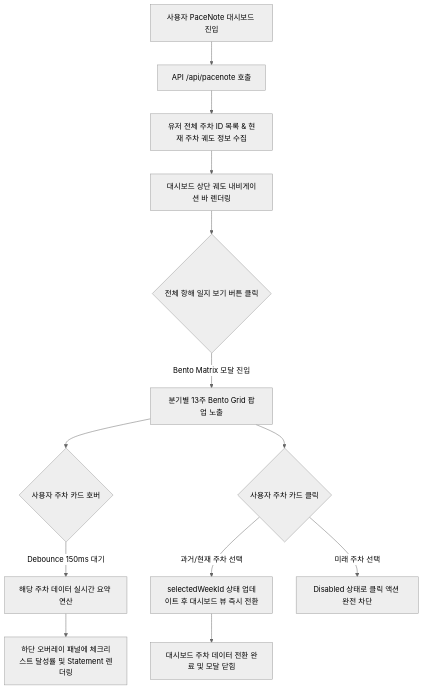
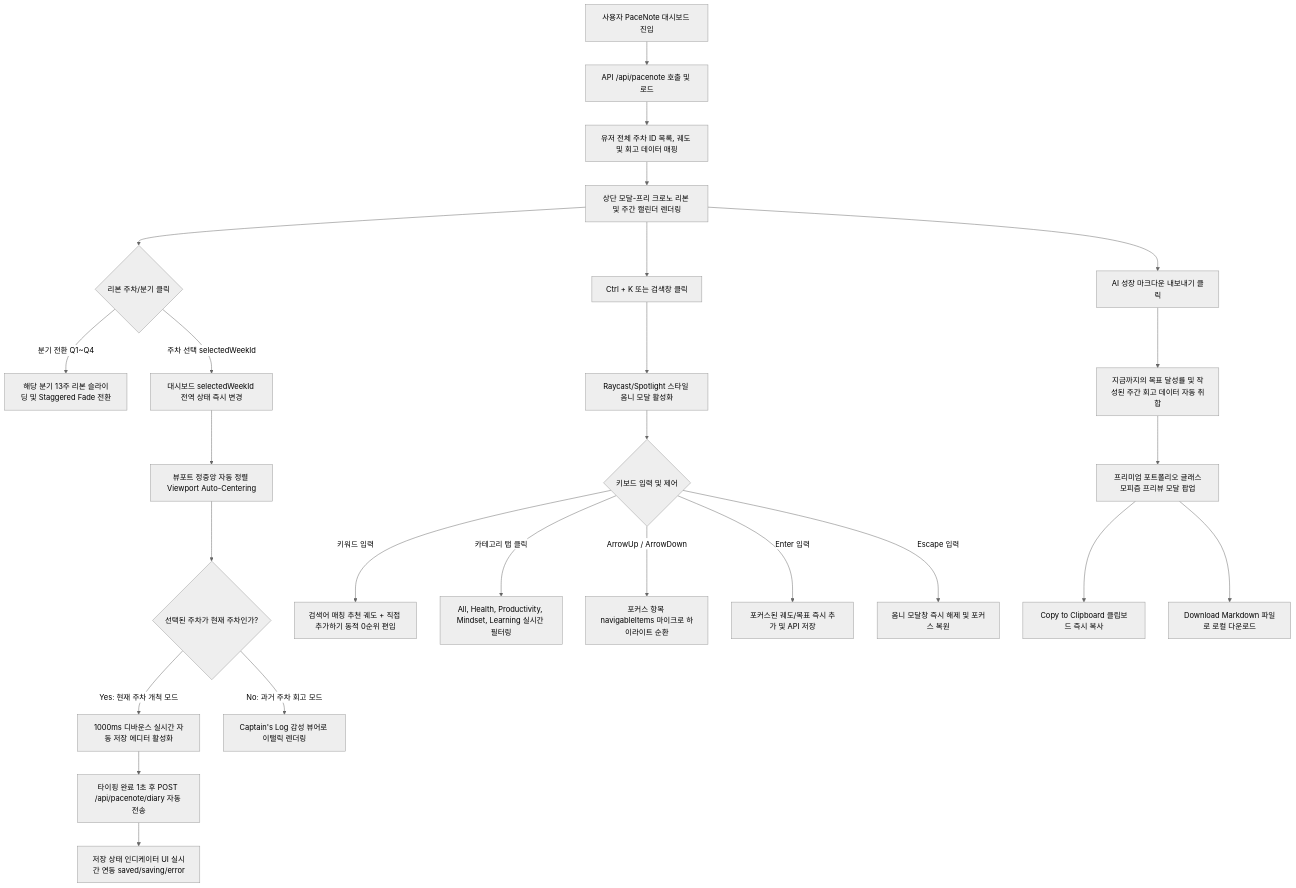
Before and after one commit to matthewshim/PriSincera: the diagram in docs/design/PriSincera_PaceNote_Calendar_UI.md, drawn with Mermaid (neutral theme). The commit also changed other lines of this file, not shown here.

Commit message:
docs(pacenote): update PaceNote UI design spec with Weekly Voyage Log and AI Portfolio Export

````diff
--- a/docs/design/PriSincera_PaceNote_Calendar_UI.md
+++ b/docs/design/PriSincera_PaceNote_Calendar_UI.md
@@ -42,19 +42,36 @@
 ```mermaid
 graph TD
-    A[사용자 PaceNote 대시보드 진입] --> B[API /api/pacenote 호출]
-    B --> C[유저 전체 주차 ID 목록 & 현재 주차 궤도 정보 수집]
-    C --> D[대시보드 상단 궤도 내비게이션 바 렌더링]
+    A[사용자 PaceNote 대시보드 진입] --> B[API /api/pacenote 호출 및 로드]
+    B --> C[유저 전체 주차 ID 목록, 궤도 및 회고 데이터 매핑]
+    C --> D[상단 모달-프리 크로노 리본 및 주간 캘린더 렌더링]
     
-    D --> E{전체 항해 일지 보기 버튼 클릭}
-    E -->|Bento Matrix 모달 진입| F[분기별 13주 Bento Grid 팝업 노출]
+    %% 1. 리본 네비게이션 흐름
+    D --> E{리본 주차/분기 클릭}
+    E -->|분기 전환 Q1~Q4| F[해당 분기 13주 리본 슬라이딩 및 Staggered Fade 전환]
+    E -->|주차 선택 selectedWeekId| G[대시보드 selectedWeekId 전역 상태 즉시 변경]
+    G --> H[뷰포트 정중앙 자동 정렬 Viewport Auto-Centering]
     
-    F --> G{사용자 주차 카드 호버}
-    G -->|Debounce 150ms 대기| H[해당 주차 데이터 실시간 요약 연산]
-    H --> I[하단 오버레이 패널에 체크리스트 달성률 및 Statement 렌더링]
+    %% 2. 주간 항해 일지 회고 흐름
+    H --> I{선택된 주차가 현재 주차인가?}
+    I -->|Yes: 현재 주차 개척 모드| J[1000ms 디바운스 실시간 자동 저장 에디터 활성화]
+    J --> K[타이핑 완료 1초 후 POST /api/pacenote/diary 자동 전송]
+    K --> L[저장 상태 인디케이터 UI 실시간 연동 saved/saving/error]
+    I -->|No: 과거 주차 회고 모드| M[Captain's Log 감성 뷰어로 이탤릭 렌더링]
     
-    F --> J{사용자 주차 카드 클릭}
-    J -->|과거/현재 주차 선택| K[selectedWeekId 상태 업데이트 후 대시보드 뷰 즉시 전환]
-    J -->|미래 주차 선택| L[Disabled 상태로 클릭 액션 완전 차단]
+    %% 3. 옴니 궤도 검색/추천 모달 흐름
+    D --> N["Ctrl + K 또는 검색창 클릭"]
+    N --> O[Raycast/Spotlight 스타일 옴니 모달 활성화]
+    O --> P{키보드 입력 및 제어}
+    P -->|키워드 입력| Q[검색어 매칭 추천 궤도 + 직접 추가하기 동적 0순위 편입]
+    P -->|카테고리 탭 클릭| R[All, Health, Productivity, Mindset, Learning 실시간 필터링]
+    P -->|ArrowUp / ArrowDown| S[포커스 항목 navigableItems 마이크로 하이라이트 순환]
+    P -->|Enter 입력| T[포커스된 궤도/목표 즉시 추가 및 API 저장]
+    P -->|Escape 입력| U[옴니 모달창 즉시 해제 및 포커스 복원]
     
-    K --> M[대시보드 주차 데이터 전환 완료 및 모달 닫힘]
+    %% 4. AI 성장 마크다운 포트폴리오 내보내기 흐름
+    D --> V[AI 성장 마크다운 내보내기 클릭]
+    V --> W[지금까지의 목표 달성률 및 작성된 주간 회고 데이터 자동 취합]
+    W --> X[프리미엄 포트폴리오 글래스모피즘 프리뷰 모달 팝업]
+    X --> Y1[Copy to Clipboard 클립보드 즉시 복사]
+    X --> Y2[Download Markdown 파일로 로컬 다운로드]
 ```
````
